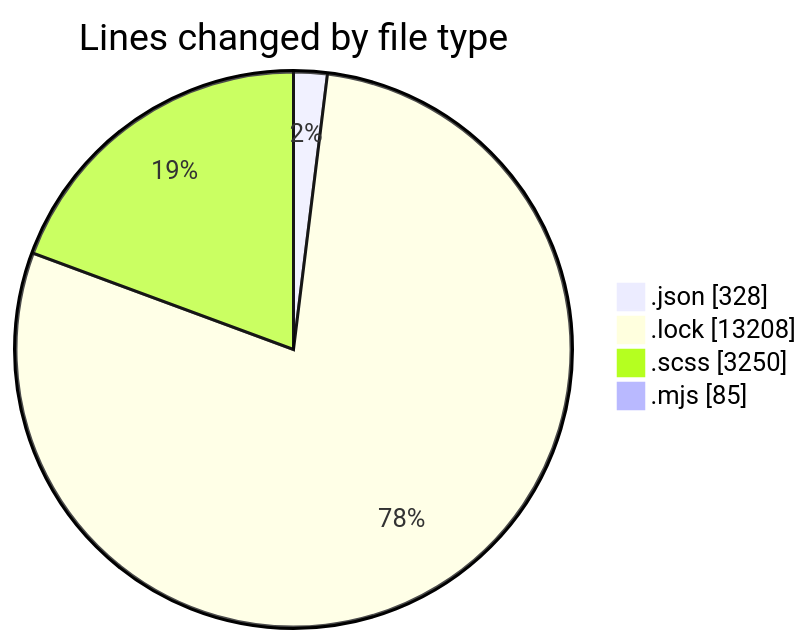
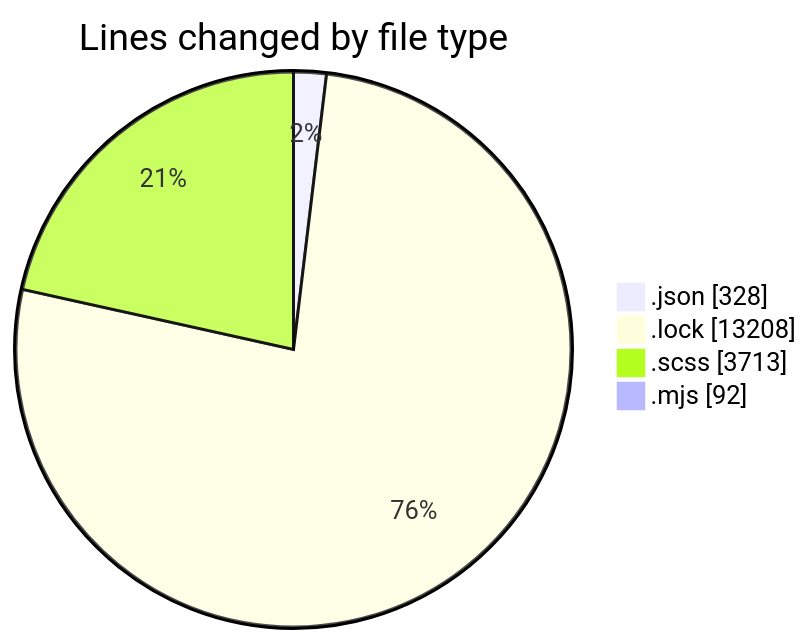
The first of 2 diagrams in 2026-01-26/cda/README.md (momahboobian/code-tracking), drawn with Mermaid before and after one commit. The commit also changed other lines of this file and 1 other file, not shown here.

````diff
--- a/2026-01-26/cda/README.md
+++ b/2026-01-26/cda/README.md
@@ -29,8 +29,8 @@
 ```mermaid
 pie showData
 title Lines changed by file type
 ".json" : 328
 ".lock" : 13208
-".scss" : 3250
-".mjs" : 85
+".scss" : 3713
+".mjs" : 92
 ```
````
